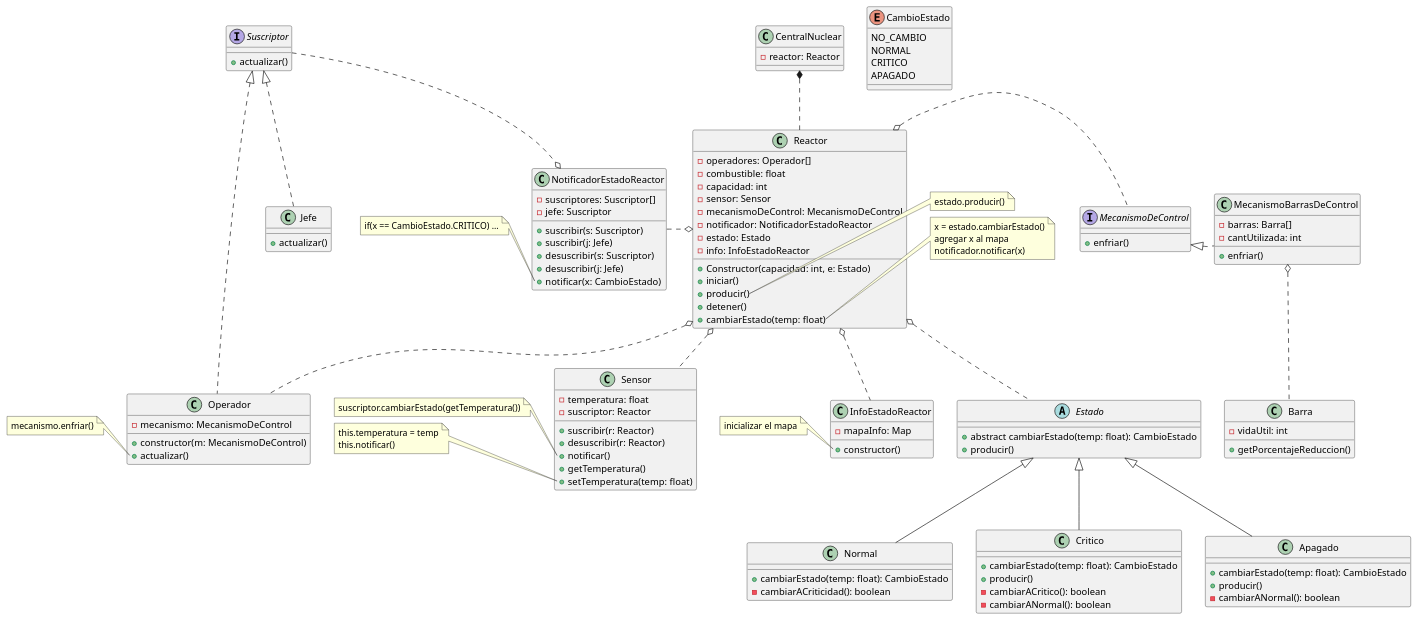
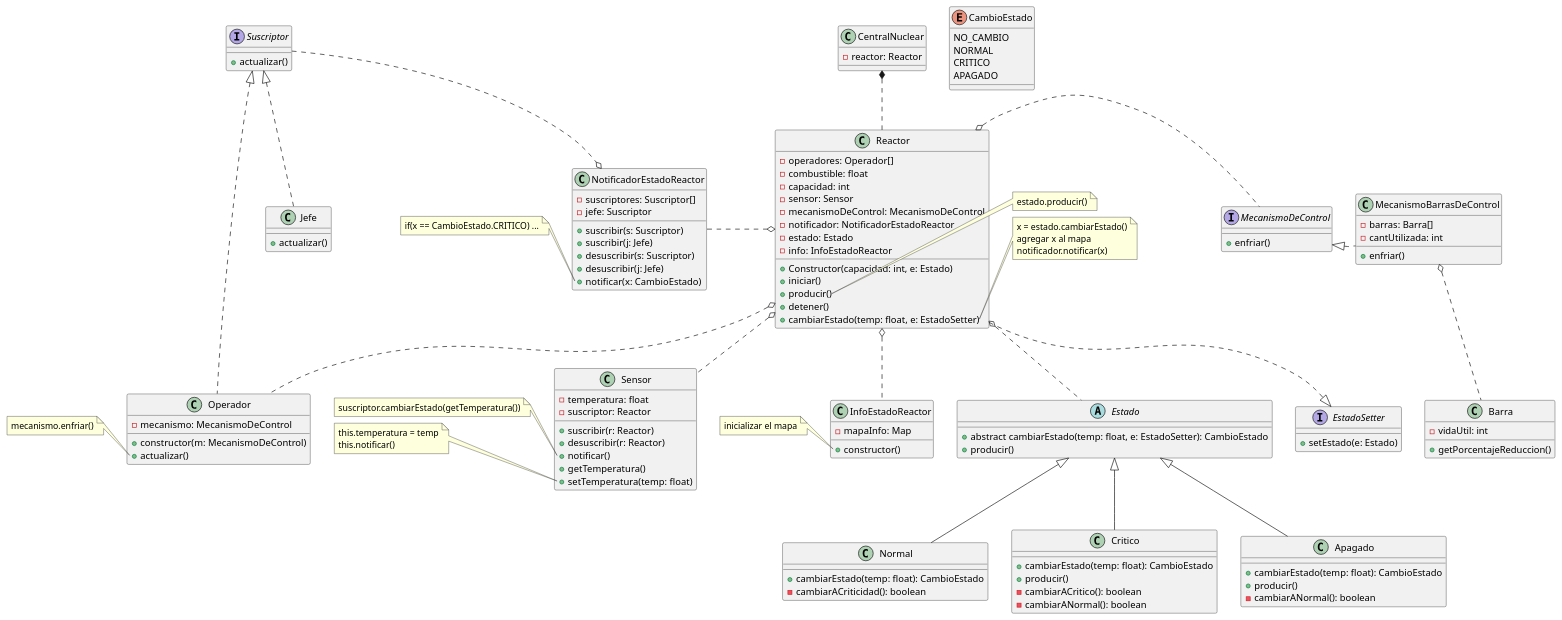
The diagram in diagrams/central.puml (Danehue/reactor-nuclear), drawn with PlantUML before and after one commit. The commit also changed 18 other files, not shown here.

Commit message:
logica de cambios de estado del reactor

```diff
--- a/diagrams/central.puml
+++ b/diagrams/central.puml
@@ -1,148 +1,154 @@
 @startuml
 
 class CentralNuclear {
     - reactor: Reactor
 }
 
 class Reactor {
     - operadores: Operador[]
     - combustible: float
     - capacidad: int
     - sensor: Sensor
     - mecanismoDeControl: MecanismoDeControl
     - notificador: NotificadorEstadoReactor
     - estado: Estado
     - info: InfoEstadoReactor
     + Constructor(capacidad: int, e: Estado)
     + iniciar()
     + producir()
     + detener()
-    + cambiarEstado(temp: float)
+    + cambiarEstado(temp: float, e: EstadoSetter)
 }
 
 class Sensor {
     - temperatura: float
     - suscriptor: Reactor
     + suscribir(r: Reactor)
     + desuscribir(r: Reactor)
     + notificar()
     + getTemperatura()
     + setTemperatura(temp: float)
 }
 
 
 interface MecanismoDeControl {
     + enfriar()
 }
 
 class MecanismoBarrasDeControl implements MecanismoDeControl {
     - barras: Barra[]
     - cantUtilizada: int
     + enfriar()
 }
 class Barra {
     - vidaUtil: int
     + getPorcentajeReduccion()
 }
 
 
 class NotificadorEstadoReactor {
     - suscriptores: Suscriptor[]
     - jefe: Suscriptor
 
     + suscribir(s: Suscriptor)
     + suscribir(j: Jefe)
     + desuscribir(s: Suscriptor)
     + desuscribir(j: Jefe)
     + notificar(x: CambioEstado)
 }
 
 interface Suscriptor {
     + actualizar()
 }
 
 class Operador implements Suscriptor {
     - mecanismo: MecanismoDeControl
     + constructor(m: MecanismoDeControl)
     + actualizar()
 }
 
 class Jefe implements Suscriptor{
     + actualizar()
 }
 
 abstract Estado {
-    + abstract cambiarEstado(temp: float): CambioEstado
+    + abstract cambiarEstado(temp: float, e: EstadoSetter): CambioEstado
     + producir()
 }
+
+interface EstadoSetter {
+    + setEstado(e: Estado)
+}
+
 class Normal extends Estado{
     + cambiarEstado(temp: float): CambioEstado
     - cambiarACriticidad(): boolean
 }
 class Critico extends Estado{
     + cambiarEstado(temp: float): CambioEstado
     + producir()
     - cambiarACritico(): boolean
     - cambiarANormal(): boolean
 }
 class Apagado extends Estado{
     + cambiarEstado(temp: float): CambioEstado
     + producir()
     - cambiarANormal(): boolean
 }
 
 enum CambioEstado {
     NO_CAMBIO
     NORMAL
     CRITICO
     APAGADO
 }
 
 class InfoEstadoReactor {
     - mapaInfo: Map
     + constructor()
 }
 
 'Relaciones
 CentralNuclear *.. Reactor
 
 ' Reactor o.. Combustible
 Reactor o.. Sensor
 Reactor o.r. MecanismoDeControl
 Reactor o.l. NotificadorEstadoReactor
 Reactor o.. Estado
 Reactor o.. InfoEstadoReactor
 Reactor o.. Operador
+Reactor ..|> EstadoSetter
 
 NotificadorEstadoReactor o.u. Suscriptor
 MecanismoBarrasDeControl o.. Barra
 
 MecanismoBarrasDeControl o.r[hidden]. MecanismoDeControl
 Suscriptor o.u[hidden]. Operador
 
 Note right of Reactor::producir 
     estado.producir()
 end Note
 Note right of Reactor::cambiarEstado 
     x = estado.cambiarEstado()
     agregar x al mapa
     notificador.notificar(x)
 end Note
 Note left of Sensor::notificar 
     suscriptor.cambiarEstado(getTemperatura())
 end Note
 Note left of Sensor::setTemperatura 
     this.temperatura = temp
     this.notificar()
 end Note
 Note left of InfoEstadoReactor::constructor 
     inicializar el mapa
 end Note
 Note left of NotificadorEstadoReactor::notificar 
     if(x == CambioEstado.CRITICO) ...
 end Note
 Note left of Operador::actualizar 
     mecanismo.enfriar()
 end Note
 
 @enduml
```
